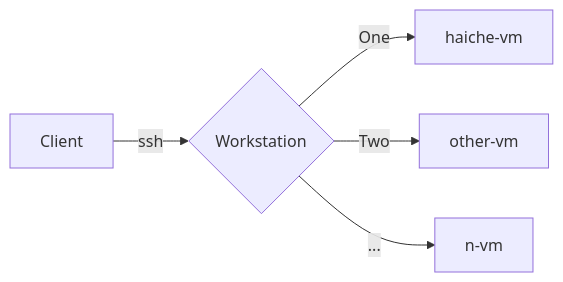
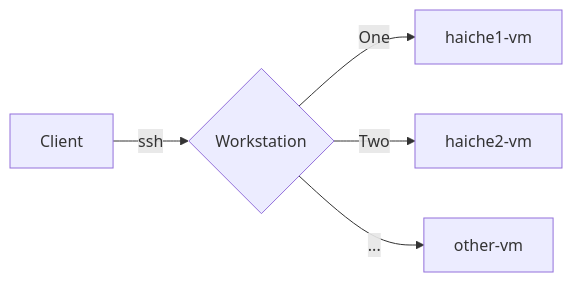
One commit to haicheviet/personal-space changed the diagram in site/content/posts/cluster-vm-with-firecracker/index.en.md. Above: the diagram before and after it, drawn with Mermaid. The commit also changed other lines of this file, not shown here.

Commit message:
wording content

```diff
--- a/site/content/posts/cluster-vm-with-firecracker/index.en.md
+++ b/site/content/posts/cluster-vm-with-firecracker/index.en.md
@@ -180,9 +180,9 @@
 {{< mermaid >}}
 
 graph LR
     A[Client] -->|ssh| B{Workstation}
-    B -->|One| D[haiche-vm]
-    B -->|Two| E[other-vm]
-    B -->|...| N[n-vm]
+    B -->|One| D[haiche1-vm]
+    B -->|Two| E[haiche2-vm]
+    B -->|...| N[other-vm]
 
 {{< /mermaid >}}
```
